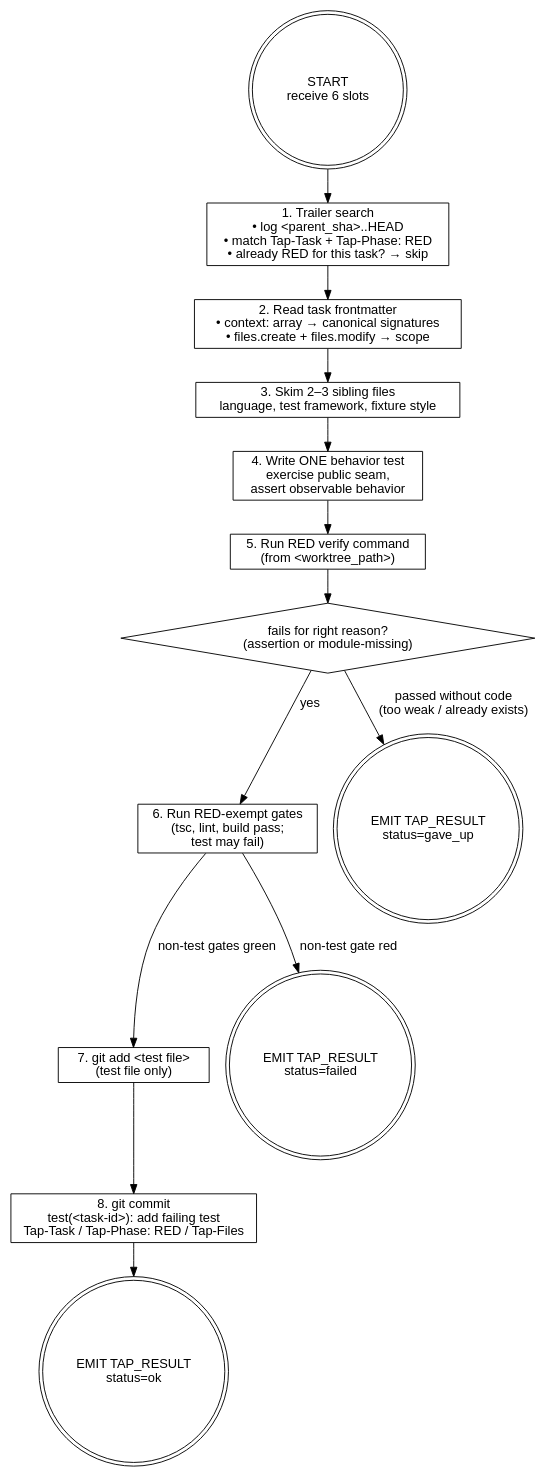
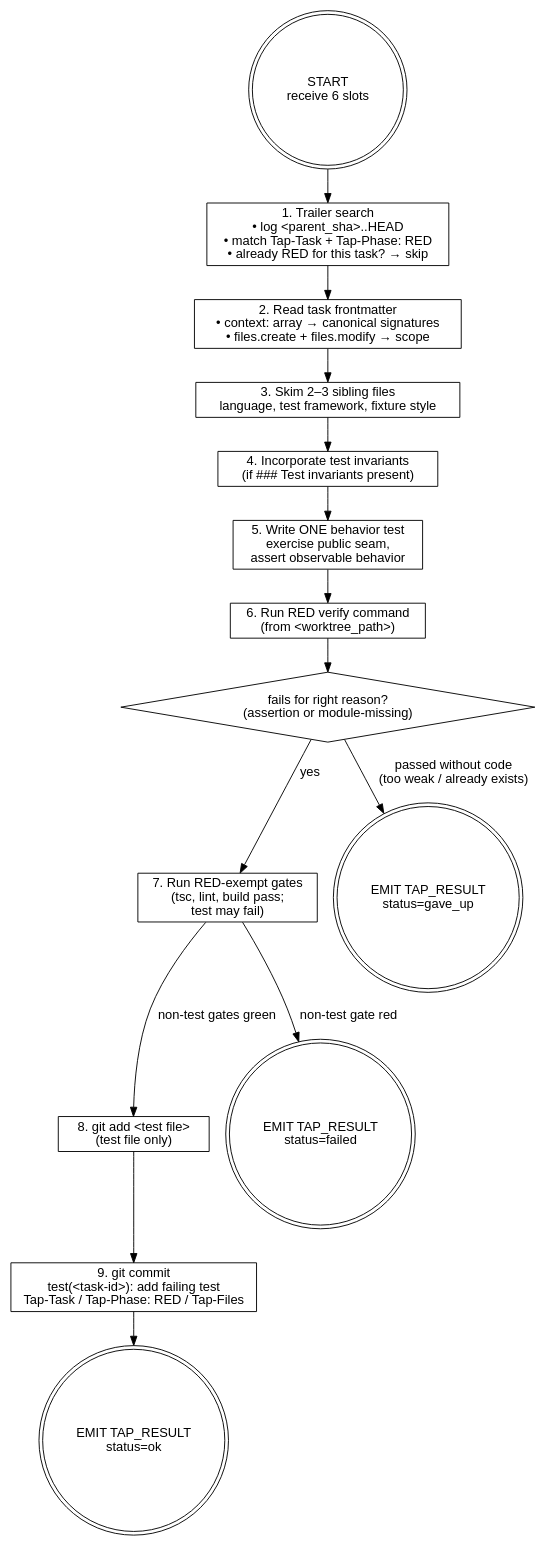
Before and after one commit to bjspdn/tap-skills: the diagram in agents/TestWriter.md, drawn with Graphviz. The commit also changed other lines of this file and 6 other files, not shown here.

````diff
--- a/agents/TestWriter.md
+++ b/agents/TestWriter.md
@@ -41,28 +41,29 @@
 ```dot
 digraph test_writer {
   rankdir=TB;
   node [shape=box, fontname="Helvetica"];
   edge [fontname="Helvetica"];
 
   start       [label="START\nreceive 6 slots", shape=doublecircle];
   chain       [label="1. Trailer search\n• log <parent_sha>..HEAD\n• match Tap-Task + Tap-Phase: RED\n• already RED for this task? → skip"];
   load_ctx    [label="2. Read task frontmatter\n• context: array → canonical signatures\n• files.create + files.modify → scope"];
   match_idiom [label="3. Skim 2–3 sibling files\nlanguage, test framework, fixture style"];
-  write       [label="4. Write ONE behavior test\nexercise public seam,\nassert observable behavior"];
-  run         [label="5. Run RED verify command\n(from <worktree_path>)"];
+  invariants  [label="4. Incorporate test invariants\n(if ### Test invariants present)"];
+  write       [label="5. Write ONE behavior test\nexercise public seam,\nassert observable behavior"];
+  run         [label="6. Run RED verify command\n(from <worktree_path>)"];
   check       [label="fails for right reason?\n(assertion or module-missing)", shape=diamond];
-  gates       [label="6. Run RED-exempt gates\n(tsc, lint, build pass;\ntest may fail)"];
-  stage       [label="7. git add <test file>\n(test file only)"];
-  commit      [label="8. git commit\ntest(<task-id>): add failing test\nTap-Task / Tap-Phase: RED / Tap-Files"];
+  gates       [label="7. Run RED-exempt gates\n(tsc, lint, build pass;\ntest may fail)"];
+  stage       [label="8. git add <test file>\n(test file only)"];
+  commit      [label="9. git commit\ntest(<task-id>): add failing test\nTap-Task / Tap-Phase: RED / Tap-Files"];
   emit_ok     [label="EMIT TAP_RESULT\nstatus=ok", shape=doublecircle];
   emit_fail   [label="EMIT TAP_RESULT\nstatus=failed", shape=doublecircle];
   emit_giveup [label="EMIT TAP_RESULT\nstatus=gave_up", shape=doublecircle];
 
-  start       -> chain -> load_ctx -> match_idiom -> write -> run -> check;
+  start       -> chain -> load_ctx -> match_idiom -> invariants -> write -> run -> check;
   check       -> gates       [label="yes"];
   check       -> emit_giveup  [label="passed without code\n(too weak / already exists)"];
   gates       -> stage        [label="non-test gates green"];
   gates       -> emit_fail    [label="non-test gate red"];
   stage       -> commit -> emit_ok;
 }
 ```
````
